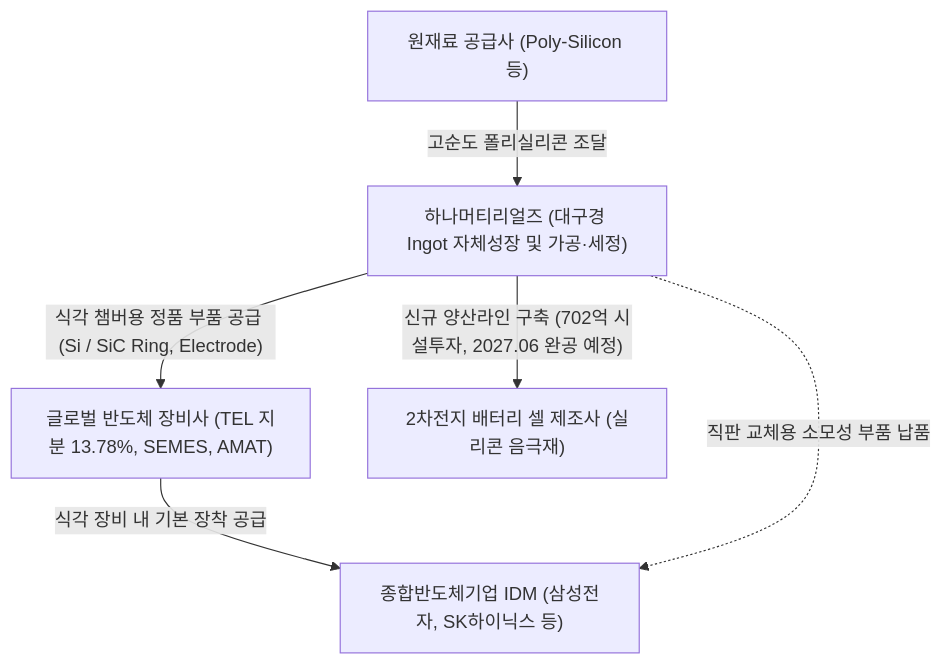
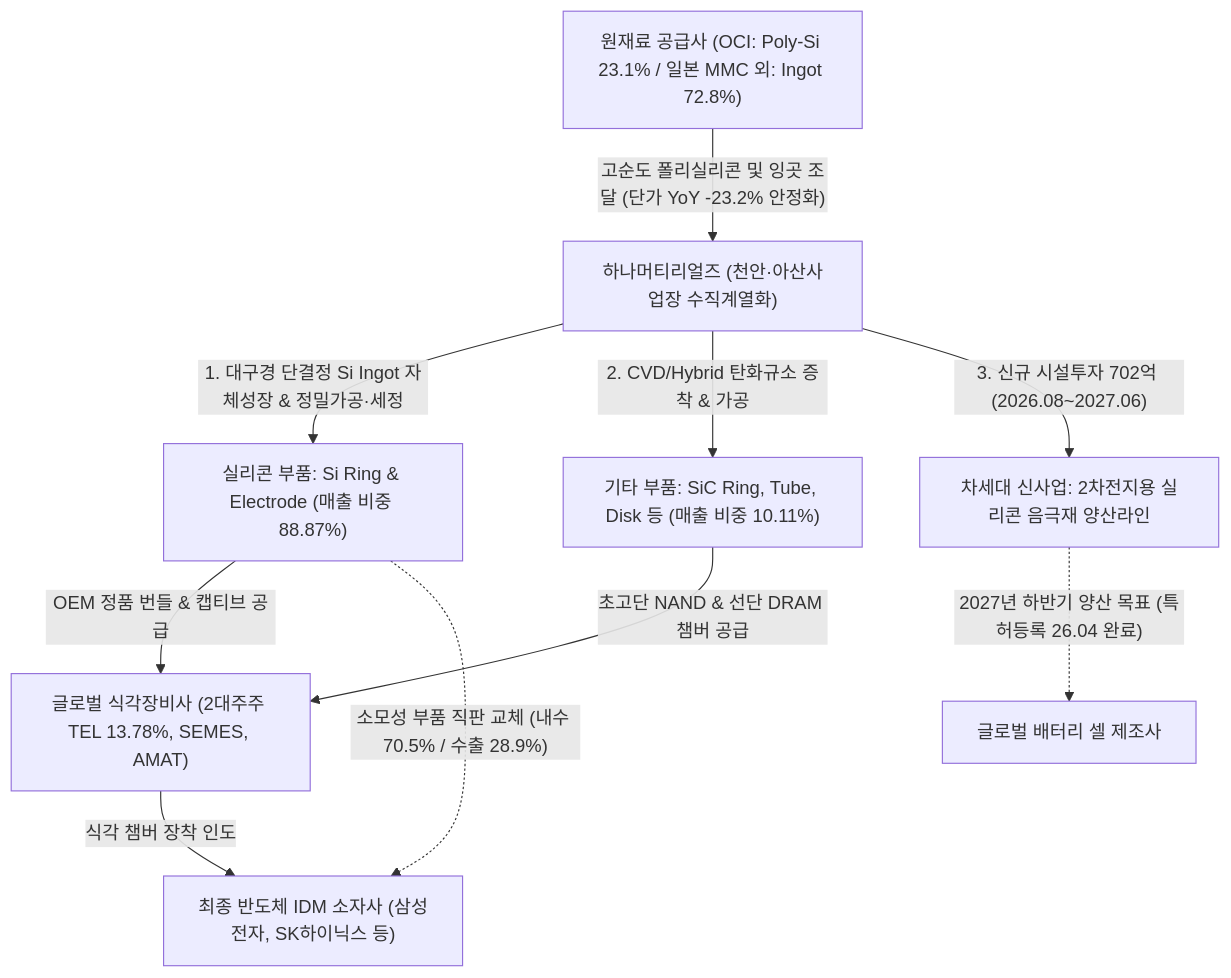
Before and after one commit to eve830521-cmd/my-skill: the diagram in Stock_Research/하나머티리얼즈/3_Final_Reports/Phase1_Report.md, drawn with Mermaid. The commit also changed other lines of this file and 100 other files, not shown here.

````diff
--- a/Stock_Research/하나머티리얼즈/3_Final_Reports/Phase1_Report.md
+++ b/Stock_Research/하나머티리얼즈/3_Final_Reports/Phase1_Report.md
@@ -15,8 +31,12 @@
 ```mermaid
 graph TD
-    A["원재료 공급사 (Poly-Silicon 등)"] -->|"고순도 폴리실리콘 조달"| B["하나머티리얼즈 (대구경 Ingot 자체성장 및 가공·세정)"]
-    B -->|"식각 챔버용 정품 부품 공급 (Si / SiC Ring, Electrode)"| C["글로벌 반도체 장비사 (TEL 지분 13.78%, SEMES, AMAT)"]
-    C -->|"식각 장비 내 기본 장착 공급"| D["종합반도체기업 IDM (삼성전자, SK하이닉스 등)"]
-    B -. "직판 교체용 소모성 부품 납품" .-> D
-    B -->|"신규 양산라인 구축 (702억 시설투자, 2027.06 완공 예정)"| E["2차전지 배터리 셀 제조사 (실리콘 음극재)"]
+    A["원재료 공급사 (OCI: Poly-Si 23.1% / 일본 MMC 외: Ingot 72.8%)"] -->|"고순도 폴리실리콘 및 잉곳 조달 (단가 YoY -23.2% 안정화)"| B["하나머티리얼즈 (천안·아산사업장 수직계열화)"]
+    B -->|"1. 대구경 단결정 Si Ingot 자체성장 & 정밀가공·세정"| C["실리콘 부품: Si Ring & Electrode (매출 비중 88.87%)"]
+    B -->|"2. CVD/Hybrid 탄화규소 증착 & 가공"| D["기타 부품: SiC Ring, Tube, Disk 등 (매출 비중 10.11%)"]
+    B -->|"3. 신규 시설투자 702억 (2026.08~2027.06)"| E["차세대 신사업: 2차전지용 실리콘 음극재 양산라인"]
+    C -->|"OEM 정품 번들 & 캡티브 공급"| F["글로벌 식각장비사 (2대주주 TEL 13.78%, SEMES, AMAT)"]
+    D -->|"초고단 NAND & 선단 DRAM 챔버 공급"| F
+    F -->|"식각 챔버 장착 인도"| G["최종 반도체 IDM 소자사 (삼성전자, SK하이닉스 등)"]
+    C -. "소모성 부품 직판 교체 (내수 70.5% / 수출 28.9%)" .-> G
+    E -. "2027년 하반기 양산 목표 (특허등록 26.04 완료)" .-> H["글로벌 배터리 셀 제조사"]
 ```
````
